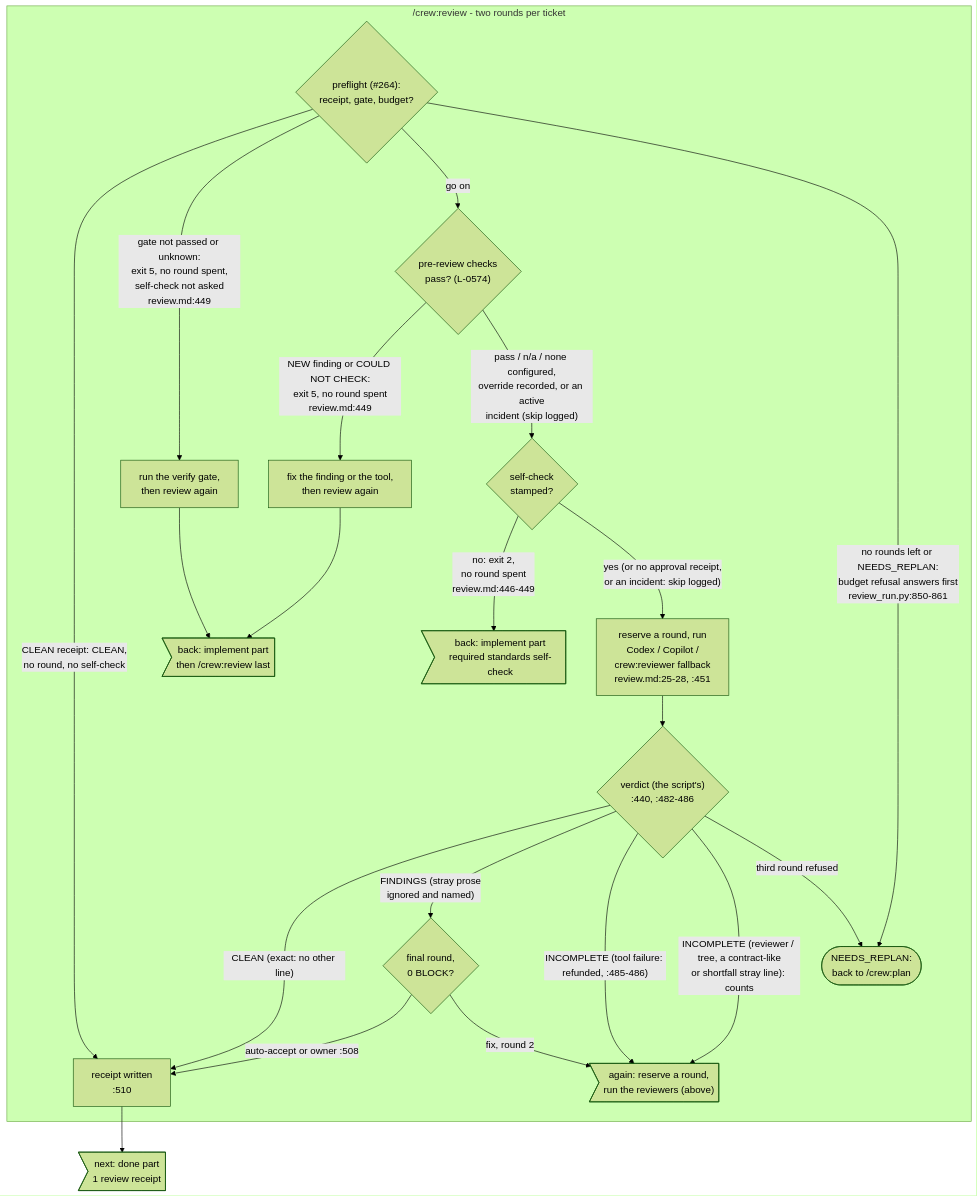
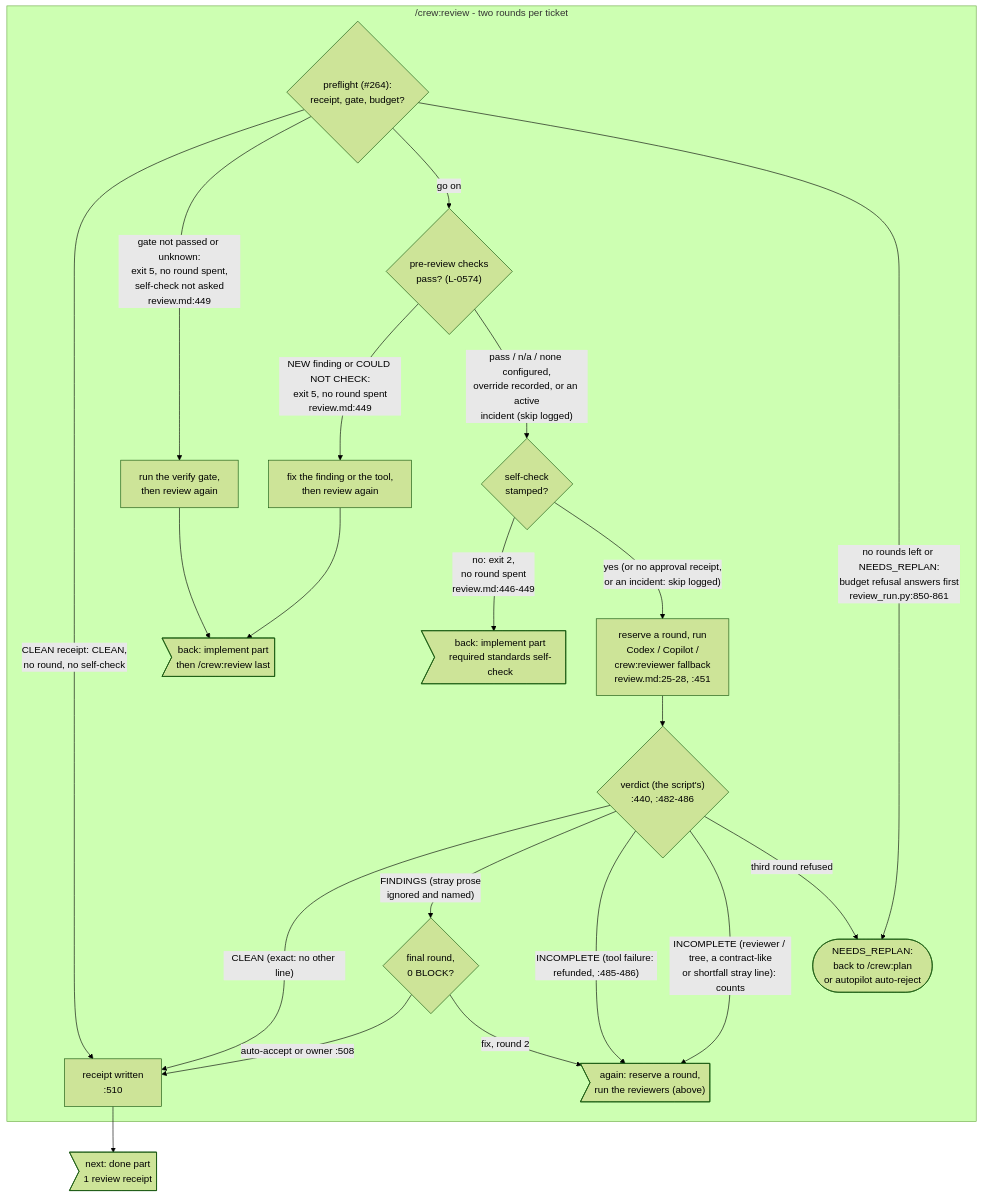
One commit to mbadali25/useful-claude-add-ons changed the diagram in docs/diagrams/process-crew-lifecycle-review.mmd. Above: the diagram before and after it, drawn with Mermaid (forest theme). The commit also changed 8 other files, not shown here.

First line of the commit message:
T-0074: docs - README, CONFIG.md section 20, PLUGINS.md, guides, review diagram, CHANGELOG

```diff
--- a/docs/diagrams/process-crew-lifecycle-review.mmd
+++ b/docs/diagrams/process-crew-lifecycle-review.mmd
@@ -1,59 +1,62 @@
 %% Generated from useful-claude-add-ons@f808e5f0 on 2026-10-03. Verify before trusting.
-%% Anchors: plugin/crew/commands/review.md, plugin/crew/hooks/scripts/review_run.py, plugin/crew/hooks/scripts/review_verdict.py, plugin/crew/hooks/scripts/crew_standards.py
+%% Anchors: plugin/crew/commands/review.md, plugin/crew/hooks/scripts/review_run.py, plugin/crew/hooks/scripts/review_verdict.py, plugin/crew/hooks/scripts/crew_standards.py, plugin/crew/hooks/scripts/crew_autopilot.py
 %% Purpose: /crew:review: the preflight, pre-review and self-check gates that run before a round is spent, then the review rounds and their verdicts, ending in a receipt or NEEDS_REPLAN.
 %% One part of the crew lifecycle; process-crew-lifecycle.mmd is the overview and keeps the re-anchor history.
 %% Arrow-shaped nodes ("next:" / "back:" / "again:") stand for a node drawn in the named part.
 %% --
 %% Every node cites the command file's own line; files are named repo-relative
 %% here and by basename in the nodes (all under plugin/crew/commands/ unless
 %% named otherwise):
 %%   plugin/crew/commands/review.md:25-28 two rounds per ticket, a third is refused
 %%     -> NEEDS_REPLAN; :440 exit codes 0 CLEAN / 1 FINDINGS / 3 INCOMPLETE /
 %%     4 NEEDS_REPLAN / 2 not run; :451 Claude fallback; :482 the verdict is the
 %%     script's; :485-486 an INCOMPLETE's class and the tool-failure refund;
 %%     :502-504 round 2 is the last (rounds not refunded); :505-506 a final 0-BLOCK
 %%     round auto-accepts (--auto-accept --follow-up, L-0510); :507 anything else stops
 %%     for the owner with 2-4 options; :508 --accept --by <who>; :510 a CLEAN
 %%     round writes its receipt itself.
 %% --
 %% Note pf0: preflight first (#264): a CLEAN receipt covers this bundle? verify gate passed
 %%    this tree? review_run.py:672, :846
 %% Note pr0: no linter finding the bundle adds against its base? could every configured linter
 %%    check? review_run.py prereview_gate :731
 %% Note rv0: self-check stamped for this bundle and standards set? review_run.py standards_gate
 %% Note rv1: on one bundle; prompt carries the standards checklist, then the recurring-findings checklist, then any web tests
 %% Note rv3: report findings and every ignored line verbatim (:498-500); final round, 0 BLOCK?
 %%    else fix, or the owner accepts :503, :505-508
 %% Note pr0->fx0: NEW finding: exit 5, no round spent, not overridable; or COULD NOT CHECK: exit 5
 %%    unless --allow-unverified
 %% Note pf0->replan: the budget refusal answers first, no pre-review checks, no self-check
 %% Note rv2->rv3: FINDINGS (stray prose beside findings ignored and named: review_verdict.py:210-213)
 %% Note rv3->rcpt: auto-accept (L-0510): eligible, no specialist/control BLOCK; one follow-up ticket
 %%    :505-506 - or the owner accepts :508
+%% Note replan: also reached from rv3 under autopilot (T-0074): out of rounds with a BLOCK,
+%%    autopilot.maxAutoReplans 1 or more and the successor plan self-approvable, crew_autopilot.py
+%%    auto-reject (auto_replan_policy) rejects it; at the cap it stops for the owner
 flowchart TB
     subgraph review["/crew:review - two rounds per ticket"]
         pf0{"preflight (#264):<br/>receipt, gate, budget?"}
         pf0 -- "CLEAN receipt: CLEAN,<br/>no round, no self-check" --> rcpt
         pf0 -- "gate not passed or unknown:<br/>exit 5, no round spent,<br/>self-check not asked<br/>review.md:449" --> vg0["run the verify gate,<br/>then review again"]
         vg0 --> to_im5
         pf0 -- "go on" --> pr0{"pre-review checks<br/>pass? (L-0574)"}
         pr0 -- "NEW finding or COULD NOT CHECK:<br/>exit 5, no round spent<br/>review.md:449" --> fx0["fix the finding or the tool,<br/>then review again"]
         fx0 --> to_im5
         pr0 -- "pass / n/a / none configured,<br/>override recorded, or an active<br/>incident (skip logged)" --> rv0{"self-check<br/>stamped?"}
         pf0 -- "no rounds left or NEEDS_REPLAN:<br/>budget refusal answers first<br/>review_run.py:850-861" --> replan
         rv0 -- "no: exit 2,<br/>no round spent<br/>review.md:446-449" --> to_sc1
         rv0 -- "yes (or no approval receipt,<br/>or an incident: skip logged)" --> rv1["reserve a round, run<br/>Codex / Copilot /<br/>crew:reviewer fallback<br/>review.md:25-28, :451"]
         rv1 --> rv2{"verdict (the script's)<br/>:440, :482-486"}
         rv2 -- "CLEAN (exact: no other line)" --> rcpt["receipt written<br/>:510"]
         rv2 -- "FINDINGS (stray prose<br/>ignored and named)" --> rv3{"final round,<br/>0 BLOCK?"}
         rv3 -- "auto-accept or owner :508" --> rcpt
         rv3 -- "fix, round 2" --> again_rv1
         rv2 -- "INCOMPLETE (tool failure: refunded, :485-486)" --> again_rv1
         rv2 -- "INCOMPLETE (reviewer / tree, a contract-like<br/>or shortfall stray line): counts" --> again_rv1
-        rv2 -- "third round refused" --> replan([NEEDS_REPLAN:<br/>back to /crew:plan])
+        rv2 -- "third round refused" --> replan([NEEDS_REPLAN:<br/>back to /crew:plan<br/>or autopilot auto-reject])
     end
 
     again_rv1>"again: reserve a round,<br/>run the reviewers (above)"]
     to_im5>"back: implement part<br/>then /crew:review last"]
     to_sc1>"back: implement part<br/>required standards self-check"]
     rcpt --> to_dn1>"next: done part<br/>1 review receipt"]
```
